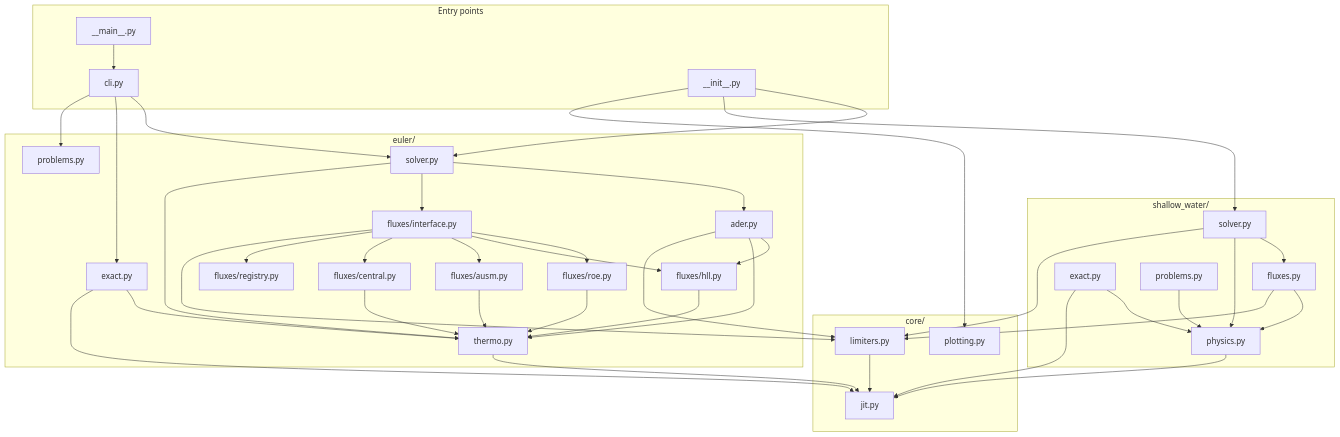
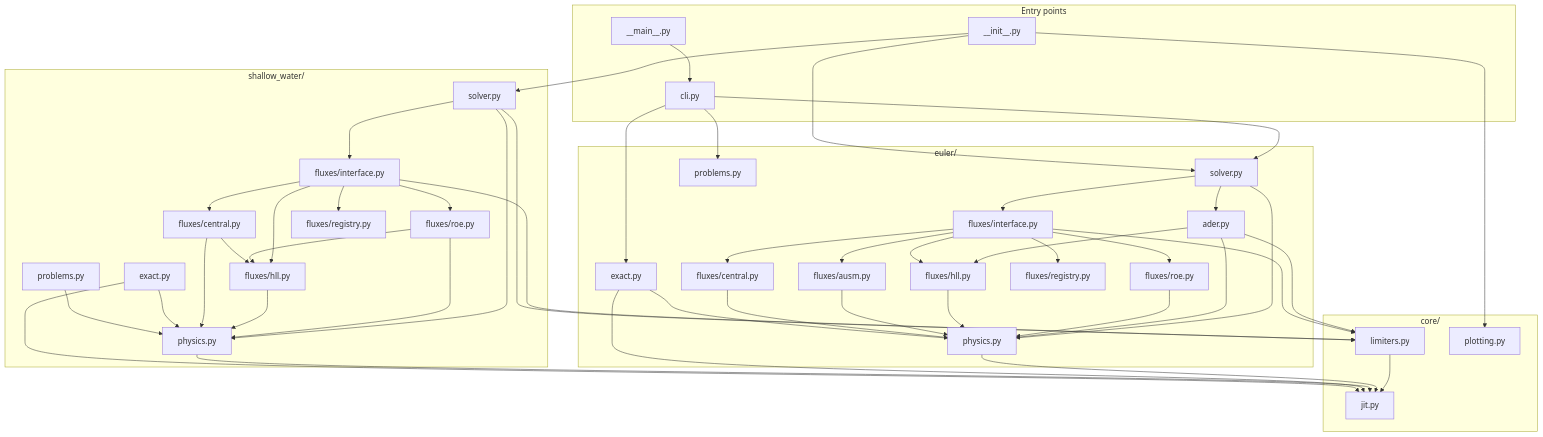
The diagram in docs/architecture.md (mrodrig6/approximate_riemann_solver), drawn with Mermaid before and after one commit. The commit also changed other lines of this file and 40 other files, not shown here.

````diff
--- a/docs/architecture.md
+++ b/docs/architecture.md
@@ -80,54 +129,62 @@
 ```mermaid
 graph TD
   subgraph entry [Entry points]
     main["__main__.py"] --> cli["cli.py"]
     init["__init__.py"]
   end
 
   subgraph euler [euler/]
     esolver["solver.py"] --> ader["ader.py"]
-    esolver --> efluxes["fluxes/interface.py"]
-    esolver --> thermo["thermo.py"]
-    ader --> hll["fluxes/hll.py"]
-    ader --> thermo
-    efluxes --> roe["fluxes/roe.py"]
-    efluxes --> hll
-    efluxes --> ausm["fluxes/ausm.py"]
-    efluxes --> central["fluxes/central.py"]
-    efluxes --> registry["fluxes/registry.py"]
-    roe --> thermo
-    hll --> thermo
-    ausm --> thermo
-    central --> thermo
-    eexact["exact.py"] --> thermo
-    eproblems["problems.py"]
+    esolver --> eif["fluxes/interface.py"]
+    esolver --> ephys["physics.py"]
+    ader --> ehll["fluxes/hll.py"]
+    ader --> ephys
+    eif --> eroe["fluxes/roe.py"]
+    eif --> ehll
+    eif --> eausm["fluxes/ausm.py"]
+    eif --> ecen["fluxes/central.py"]
+    eif --> ereg["fluxes/registry.py"]
+    eroe --> ephys
+    ehll --> ephys
+    eausm --> ephys
+    ecen --> ephys
+    eexact["exact.py"] --> ephys
+    eprob["problems.py"]
   end
 
   subgraph swe [shallow_water/]
-    ssolver["solver.py"] --> sfluxes["fluxes.py"]
-    ssolver --> physics["physics.py"]
-    sfluxes --> physics
-    sexact["exact.py"] --> physics
-    sproblems["problems.py"] --> physics
+    ssolver["solver.py"] --> sif["fluxes/interface.py"]
+    ssolver --> sphys["physics.py"]
+    sif --> sroe["fluxes/roe.py"]
+    sif --> shll["fluxes/hll.py"]
+    sif --> scen["fluxes/central.py"]
+    sif --> sreg["fluxes/registry.py"]
+    sroe --> shll
+    sroe --> sphys
+    shll --> sphys
+    scen --> shll
+    scen --> sphys
+    sexact["exact.py"] --> sphys
+    sprob["problems.py"] --> sphys
   end
 
   subgraph core [core/]
     limiters["limiters.py"] --> jit["jit.py"]
     plotting["plotting.py"]
   end
 
   cli --> esolver
   cli --> eexact
-  cli --> eproblems
+  cli --> eprob
   init --> esolver
   init --> ssolver
   init --> plotting
   ader --> limiters
-  efluxes --> limiters
-  sfluxes --> limiters
+  eif --> limiters
+  sif --> limiters
   ssolver --> limiters
-  thermo --> jit
-  physics --> jit
+  ephys --> jit
+  sphys --> jit
   eexact --> jit
   sexact --> jit
 ```
````
